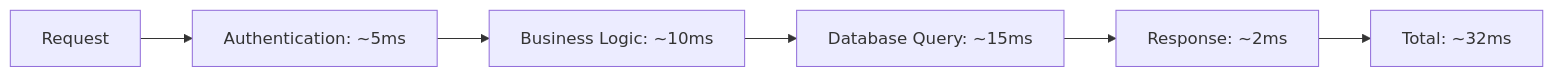
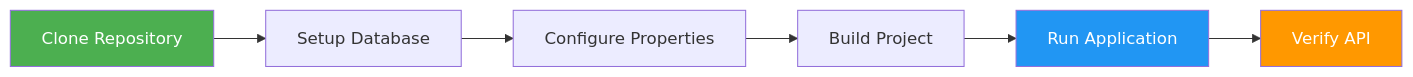
Before and after one commit to Prahlad-07/PopcornAPI: diagram 15 of 16 in README.md, drawn with Mermaid. The commit also changed other lines of this file, not shown here.

````diff
--- a/README.md
+++ b/README.md
@@ -574,8 +699,12 @@
 ```mermaid
 graph LR
-    A[Request] --> B[Authentication: ~5ms]
-    B --> C[Business Logic: ~10ms]
-    C --> D[Database Query: ~15ms]
-    D --> E[Response: ~2ms]
-    E --> F[Total: ~32ms]
+    A[Clone Repository] --> B[Setup Database]
+    B --> C[Configure Properties]
+    C --> D[Build Project]
+    D --> E[Run Application]
+    E --> F[Verify API]
+    
+    style A fill:#4CAF50,color:#fff
+    style E fill:#2196F3,color:#fff
+    style F fill:#FF9800,color:#fff
 ```
````
